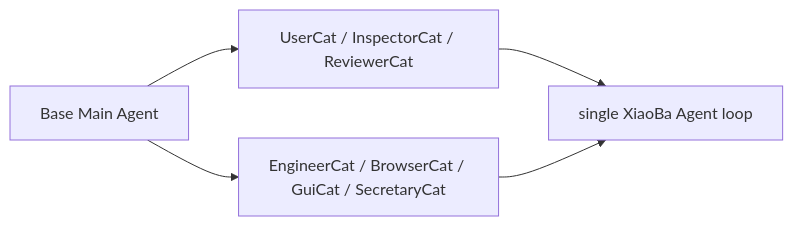
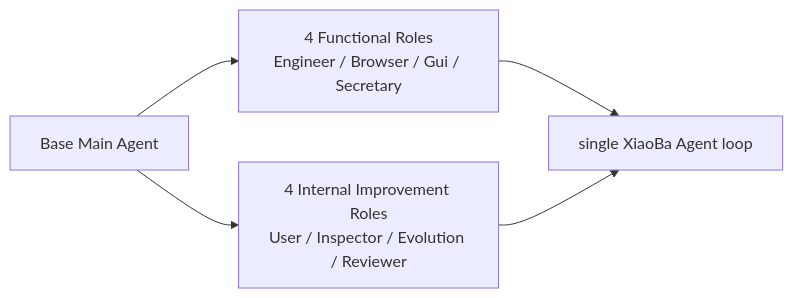
The diagram in docs/roles-skills/PLAN.md (fightheyyy/XiaoBa-CLI), drawn with Mermaid before and after one commit. The commit also changed other lines of this file and 103 other files, not shown here.

````diff
--- a/docs/roles-skills/PLAN.md
+++ b/docs/roles-skills/PLAN.md
@@ -19,7 +24,7 @@
 ```mermaid
 flowchart LR
-    Base["Base Main Agent"] --> Review["UserCat / InspectorCat / ReviewerCat"]
-    Base --> Execution["EngineerCat / BrowserCat / GuiCat / SecretaryCat"]
-    Review --> Loop["single XiaoBa Agent loop"]
-    Execution --> Loop
+    Base["Base Main Agent"] --> Functional["4 Functional Roles<br/>Engineer / Browser / Gui / Secretary"]
+    Base --> Internal["4 Internal Improvement Roles<br/>User / Inspector / Evolution / Reviewer"]
+    Functional --> Loop["single XiaoBa Agent loop"]
+    Internal --> Loop
 ```
````
